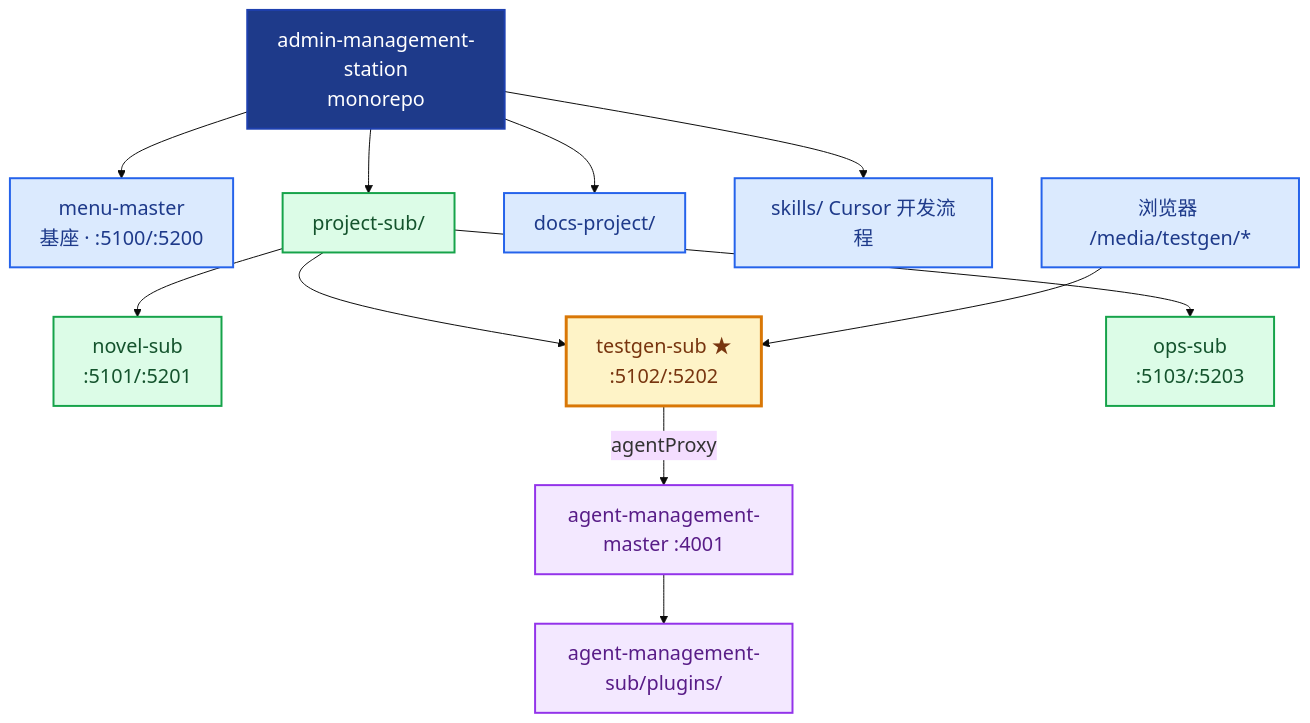
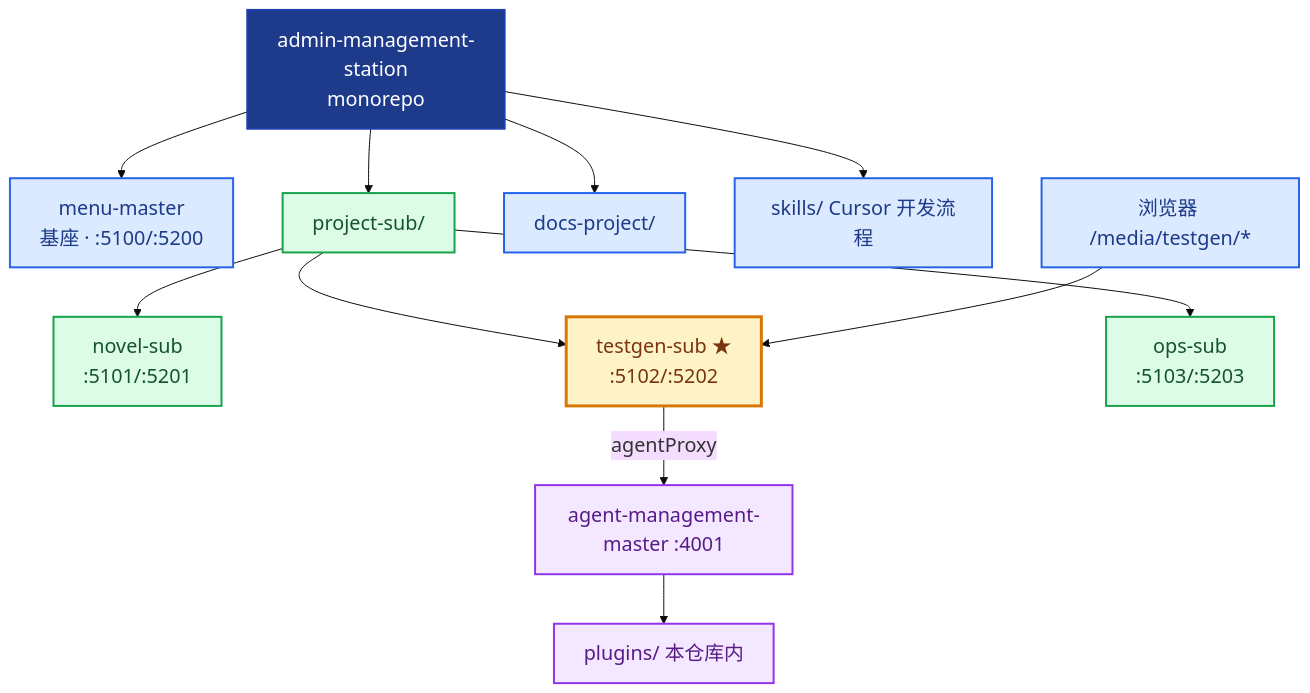
Before and after one commit to InsectYan/admin-management-station: the first of 8 diagrams in docs-project/AMS平台架构关系图.md, drawn with Mermaid. The commit also changed other lines of this file and 149 other files, not shown here.

````diff
--- a/docs-project/AMS平台架构关系图.md
+++ b/docs-project/AMS平台架构关系图.md
@@ -15,23 +15,23 @@
 ```mermaid
 %%{init: {'theme':'base', 'themeVariables': {'fontSize':'20px'}}}%%
 flowchart TB
     classDef mono fill:#1E3A8A,stroke:#1E40AF,stroke-width:2px,color:#fff
     classDef main fill:#DBEAFE,stroke:#2563EB,stroke-width:2px,color:#1E3A8A
     classDef sub fill:#DCFCE7,stroke:#16A34A,stroke-width:2px,color:#14532D
     classDef highlight fill:#FEF3C7,stroke:#D97706,stroke-width:3px,color:#78350F
     classDef agent fill:#F3E8FF,stroke:#9333EA,stroke-width:2px,color:#581C87
 
     AMS["admin-management-station<br/>monorepo"]:::mono
     AMS --> MM["menu-master<br/>基座 · :5100/:5200"]:::main
     AMS --> PS["project-sub/"]:::sub
     PS --> Novel["novel-sub<br/>:5101/:5201"]:::sub
     PS --> Testgen["testgen-sub ★<br/>:5102/:5202"]:::highlight
     PS --> Ops["ops-sub<br/>:5103/:5203"]:::sub
     AMS --> Docs["docs-project/"]:::main
     AMS --> Skills["skills/ Cursor 开发流程"]:::main
 
     Browser["浏览器 /media/testgen/*"]:::main
     Browser --> Testgen
     Testgen -->|"agentProxy"| Agent["agent-management-master :4001"]:::agent
-    Agent --> Plugins["agent-management-sub/plugins/"]:::agent
+    Agent --> Plugins["plugins/ 本仓库内"]:::agent
 ```
````
